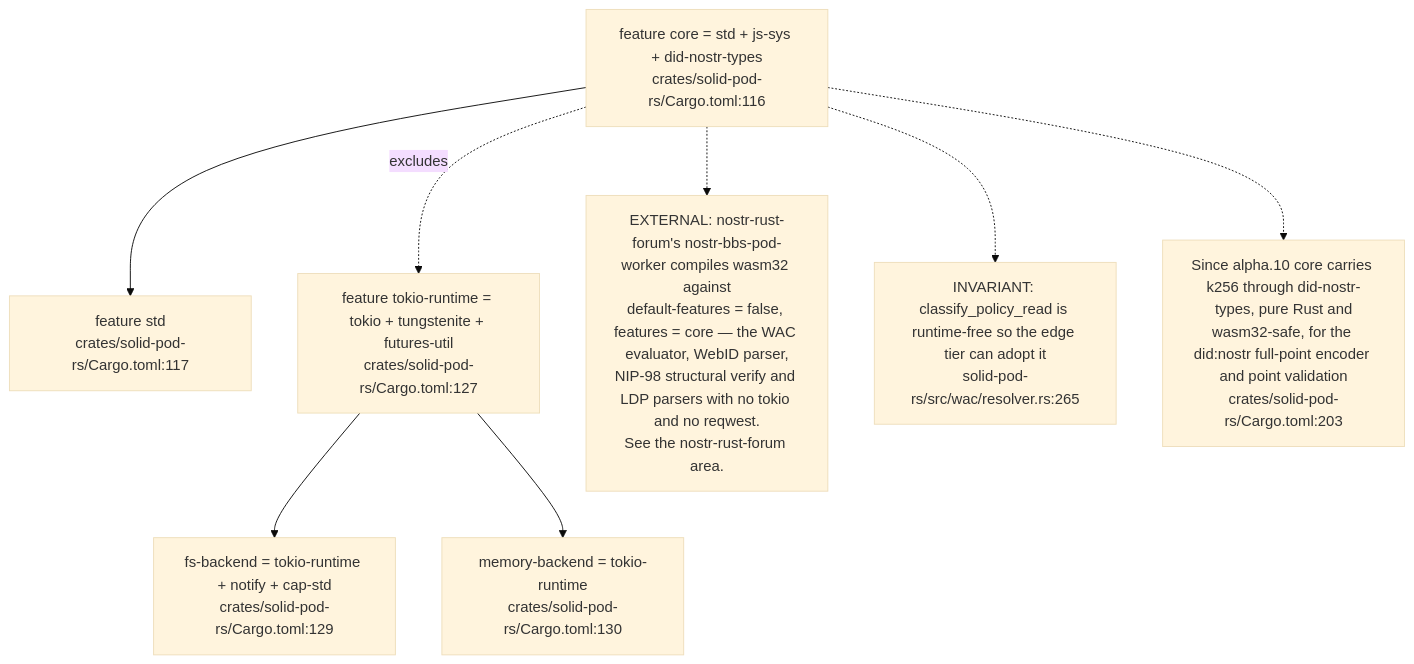
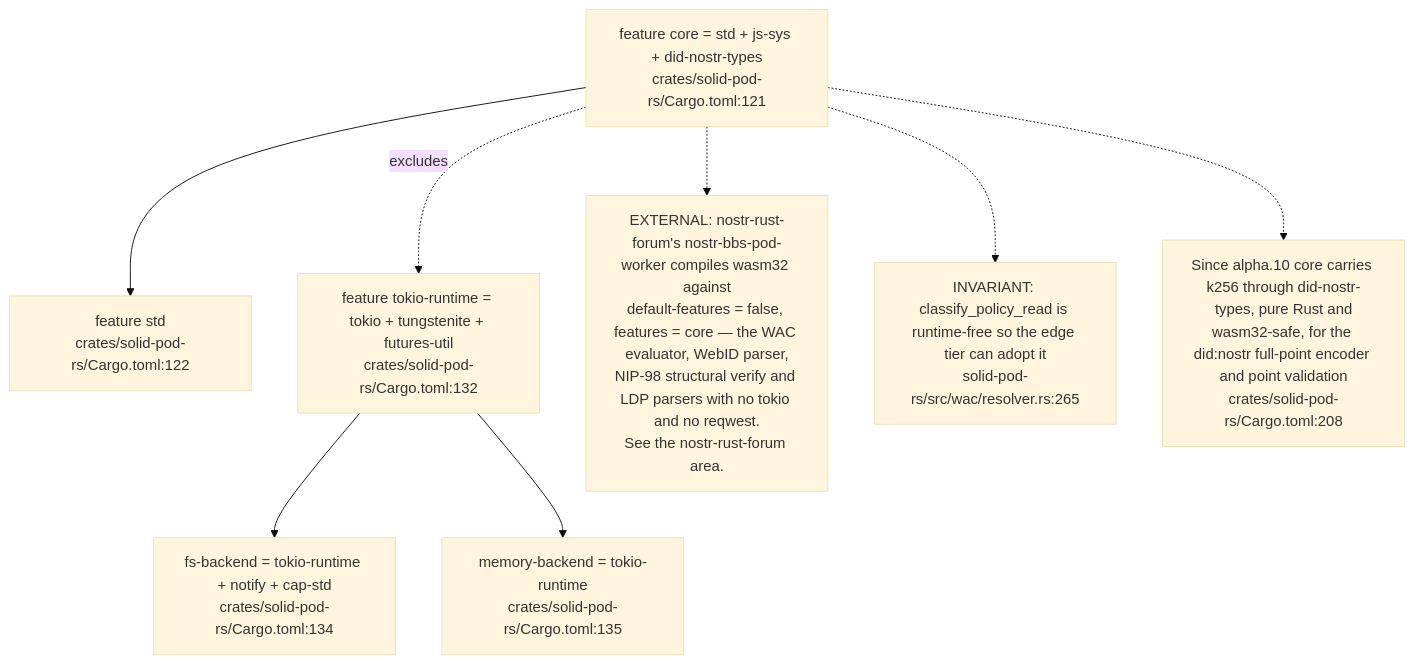
The third of 12 diagrams in docs/diagrams/solid-pod-rs/01-workspace-composition.md (DreamLab-AI/VisionFlow), drawn with Mermaid (base theme) before and after one commit. The commit also changed other lines of this file and 160 other files, not shown here.

````diff
--- a/docs/diagrams/solid-pod-rs/01-workspace-composition.md
+++ b/docs/diagrams/solid-pod-rs/01-workspace-composition.md
@@ -109,22 +110,22 @@
 ```mermaid
 flowchart TD
-    CORE_F["feature core = std + js-sys + did-nostr-types<br/>crates/solid-pod-rs/Cargo.toml:116"]
-    STD["feature std<br/>crates/solid-pod-rs/Cargo.toml:117"]
-    TOKIO["feature tokio-runtime = tokio + tungstenite + futures-util<br/>crates/solid-pod-rs/Cargo.toml:127"]
-    FSB["fs-backend = tokio-runtime + notify + cap-std<br/>crates/solid-pod-rs/Cargo.toml:129"]
-    MEMB["memory-backend = tokio-runtime<br/>crates/solid-pod-rs/Cargo.toml:130"]
+    CORE_F["feature core = std + js-sys + did-nostr-types<br/>crates/solid-pod-rs/Cargo.toml:121"]
+    STD["feature std<br/>crates/solid-pod-rs/Cargo.toml:122"]
+    TOKIO["feature tokio-runtime = tokio + tungstenite + futures-util<br/>crates/solid-pod-rs/Cargo.toml:132"]
+    FSB["fs-backend = tokio-runtime + notify + cap-std<br/>crates/solid-pod-rs/Cargo.toml:134"]
+    MEMB["memory-backend = tokio-runtime<br/>crates/solid-pod-rs/Cargo.toml:135"]
 
     CORE_F --> STD
     CORE_F -. "excludes" .-> TOKIO
     TOKIO --> FSB
     TOKIO --> MEMB
 
     E1["EXTERNAL: nostr-rust-forum's nostr-bbs-pod-worker compiles wasm32 against<br/>default-features = false, features = core — the WAC evaluator, WebID parser,<br/>NIP-98 structural verify and LDP parsers with no tokio and no reqwest.<br/>See the nostr-rust-forum area."]
     CORE_F -.-> E1
 
     E2["INVARIANT: classify_policy_read is runtime-free so the edge tier can adopt it<br/>solid-pod-rs/src/wac/resolver.rs:265"]
     CORE_F -.-> E2
 
-    E3["Since alpha.10 core carries k256 through did-nostr-types, pure Rust and<br/>wasm32-safe, for the did:nostr full-point encoder and point validation<br/>crates/solid-pod-rs/Cargo.toml:203"]
+    E3["Since alpha.10 core carries k256 through did-nostr-types, pure Rust and<br/>wasm32-safe, for the did:nostr full-point encoder and point validation<br/>crates/solid-pod-rs/Cargo.toml:208"]
     CORE_F -.-> E3
 ```
````
